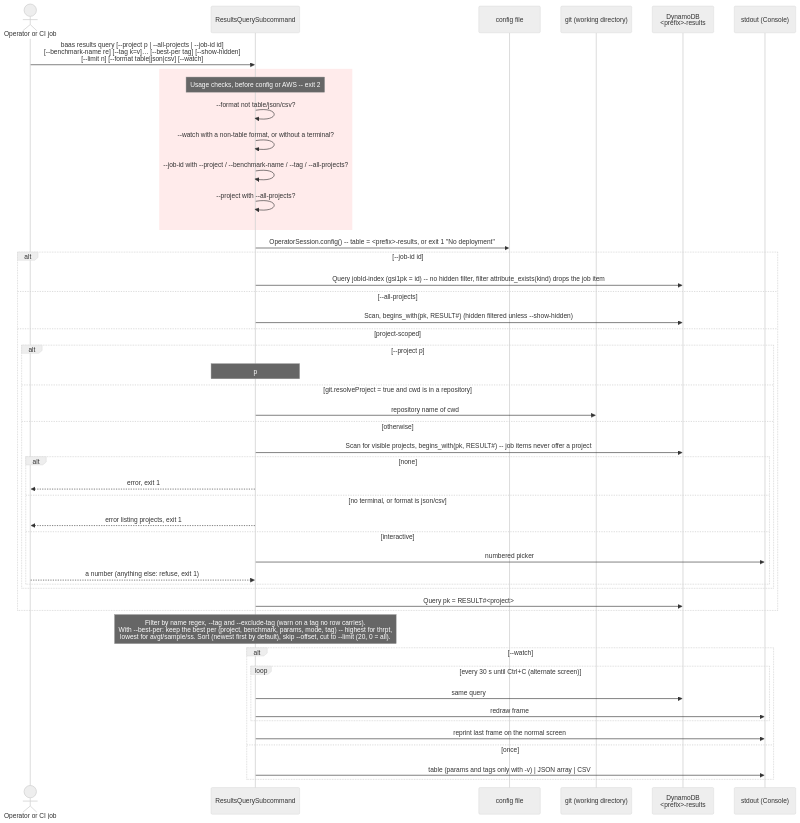
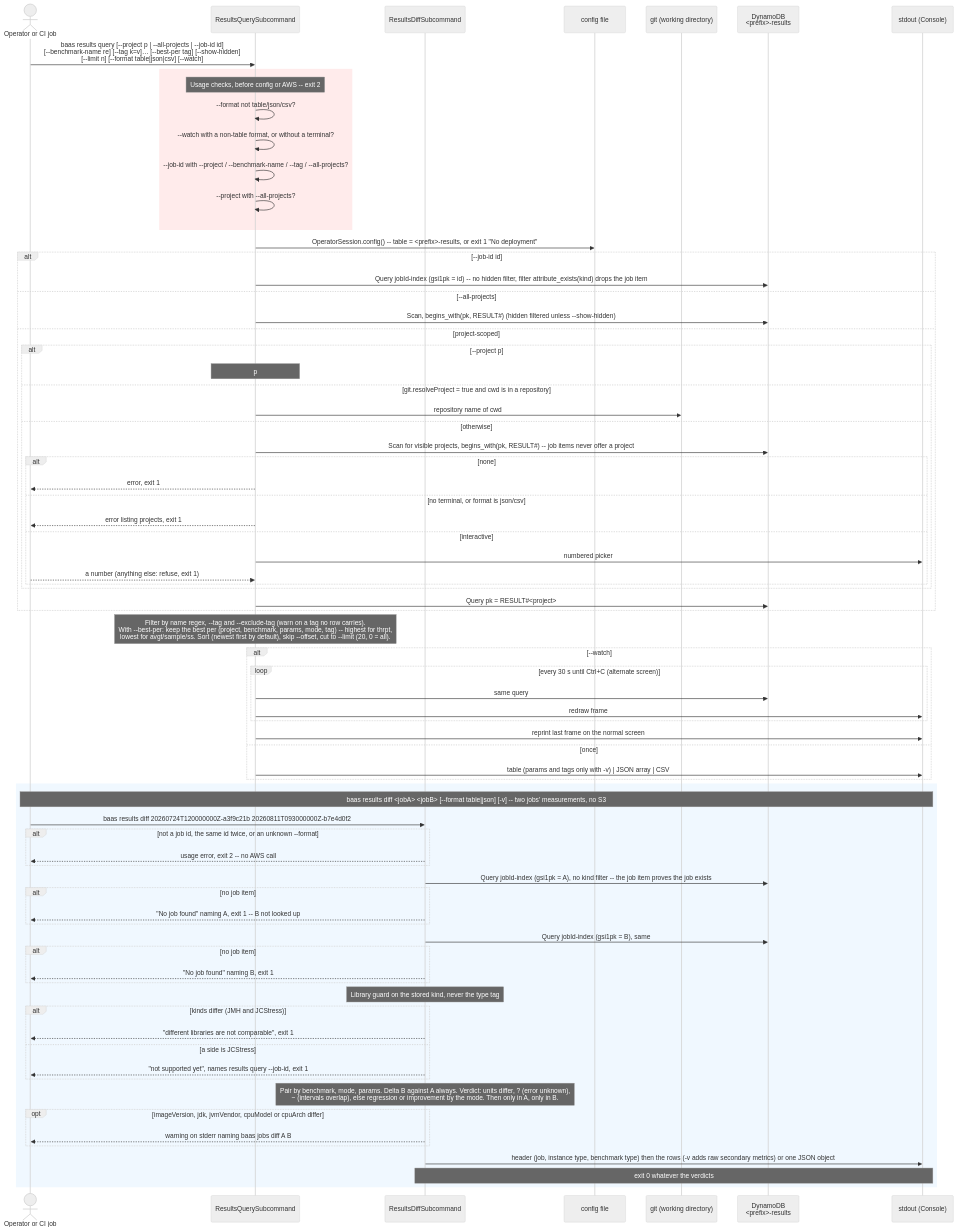
Before and after one commit to wsztajerowski/benchmark-as-a-service: the diagram in docs/diagrams/baas-results.mmd, drawn with Mermaid (neutral theme). The commit also changed 16 other files, not shown here.

First line of the commit message:
feat(cli): compare two jobs' measurements with results diff

```diff
--- a/docs/diagrams/baas-results.mmd
+++ b/docs/diagrams/baas-results.mmd
@@ -1,53 +1,82 @@
 sequenceDiagram
     actor User as Operator or CI job
     participant RC as ResultsQuerySubcommand
+    participant RD as ResultsDiffSubcommand
     participant CFG as config file
     participant Git as git (working directory)
     participant DDB as DynamoDB<br/><prefix>-results
     participant Out as stdout (Console)
 
     User->>RC: baas results query [--project p | --all-projects | --job-id id]<br/>[--benchmark-name re] [--tag k=v]… [--best-per tag] [--show-hidden]<br/>[--limit n] [--format table|json|csv] [--watch]
 
     rect rgb(255, 235, 235)
         Note over RC: Usage checks, before config or AWS -- exit 2
         RC->>RC: --format not table/json/csv?
         RC->>RC: --watch with a non-table format, or without a terminal?
         RC->>RC: --job-id with --project / --benchmark-name / --tag / --all-projects?
         RC->>RC: --project with --all-projects?
     end
 
     RC->>CFG: OperatorSession.config() -- table = <prefix>-results, or exit 1 "No deployment"
 
     alt --job-id id
         RC->>DDB: Query jobId-index (gsi1pk = id) -- no hidden filter, filter attribute_exists(kind) drops the job item
     else --all-projects
         RC->>DDB: Scan, begins_with(pk, RESULT#35;) (hidden filtered unless --show-hidden)
     else project-scoped
         alt --project p
             Note over RC: p
         else git.resolveProject = true and cwd is in a repository
             RC->>Git: repository name of cwd
         else otherwise
             RC->>DDB: Scan for visible projects, begins_with(pk, RESULT#35;) -- job items never offer a project
             alt none
                 RC-->>User: error, exit 1
             else no terminal, or format is json/csv
                 RC-->>User: error listing projects, exit 1
             else interactive
                 RC->>Out: numbered picker
                 User-->>RC: a number (anything else: refuse, exit 1)
             end
         end
         RC->>DDB: Query pk = RESULT#35;<project>
     end
 
     Note over RC: Filter by name regex, --tag and --exclude-tag (warn on a tag no row carries).<br/>With --best-per: keep the best per (project, benchmark, params, mode, tag) -- highest for thrpt,<br/>lowest for avgt/sample/ss. Sort (newest first by default), skip --offset, cut to --limit (20, 0 = all).
     alt --watch
         loop every 30 s until Ctrl+C (alternate screen)
             RC->>DDB: same query
             RC->>Out: redraw frame
         end
         RC->>Out: reprint last frame on the normal screen
     else once
         RC->>Out: table (params and tags only with -v) | JSON array | CSV
     end
+
+    rect rgb(240, 248, 255)
+        Note over User,Out: baas results diff <jobA> <jobB> [--format table|json] [-v] -- two jobs' measurements, no S3
+        User->>RD: baas results diff 20260724T120000000Z-a3f9c21b 20260811T093000000Z-b7e4d0f2
+        alt not a job id, the same id twice, or an unknown --format
+            RD-->>User: usage error, exit 2 -- no AWS call
+        end
+        RD->>DDB: Query jobId-index (gsi1pk = A), no kind filter -- the job item proves the job exists
+        alt no job item
+            RD-->>User: "No job found" naming A, exit 1 -- B not looked up
+        end
+        RD->>DDB: Query jobId-index (gsi1pk = B), same
+        alt no job item
+            RD-->>User: "No job found" naming B, exit 1
+        end
+        Note over RD: Library guard on the stored kind, never the type tag
+        alt kinds differ (JMH and JCStress)
+            RD-->>User: "different libraries are not comparable", exit 1
+        else a side is JCStress
+            RD-->>User: "not supported yet", names results query --job-id, exit 1
+        end
+        Note over RD: Pair by benchmark, mode, params. Delta B against A always. Verdict: units differ, ? (error unknown),<br/>~ (intervals overlap), else regression or improvement by the mode. Then only in A, only in B.
+        opt imageVersion, jdk, jvmVendor, cpuModel or cpuArch differ
+            RD-->>User: warning on stderr naming baas jobs diff A B
+        end
+        RD->>Out: header (job, instance type, benchmark type) then the rows (-v adds raw secondary metrics) or one JSON object
+        Note over RD,Out: exit 0 whatever the verdicts
+    end
```
